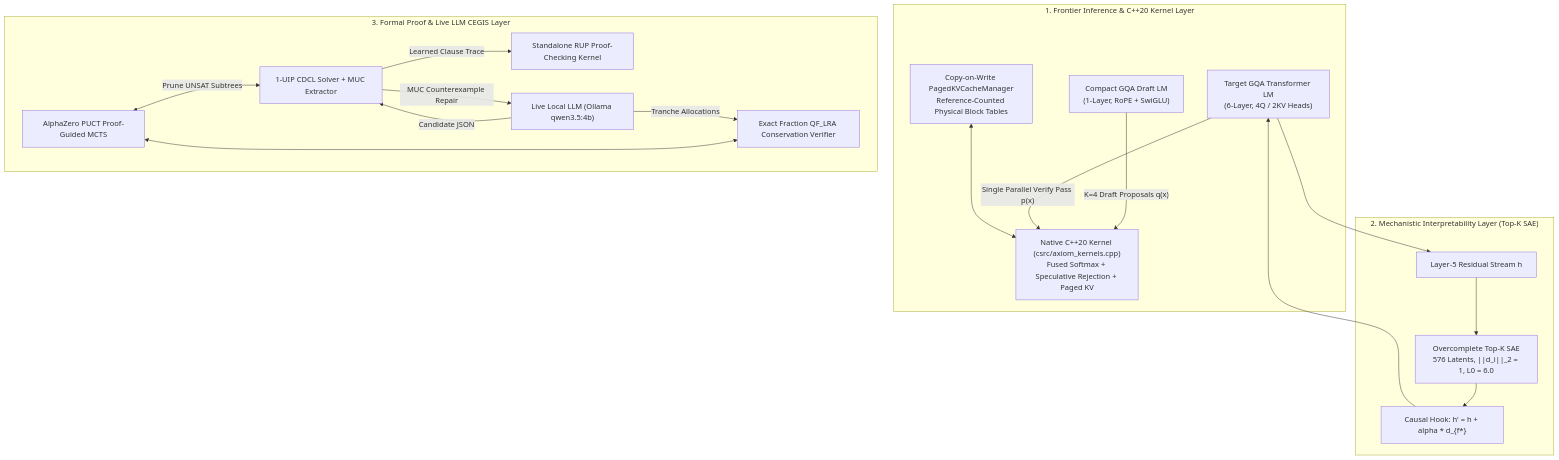
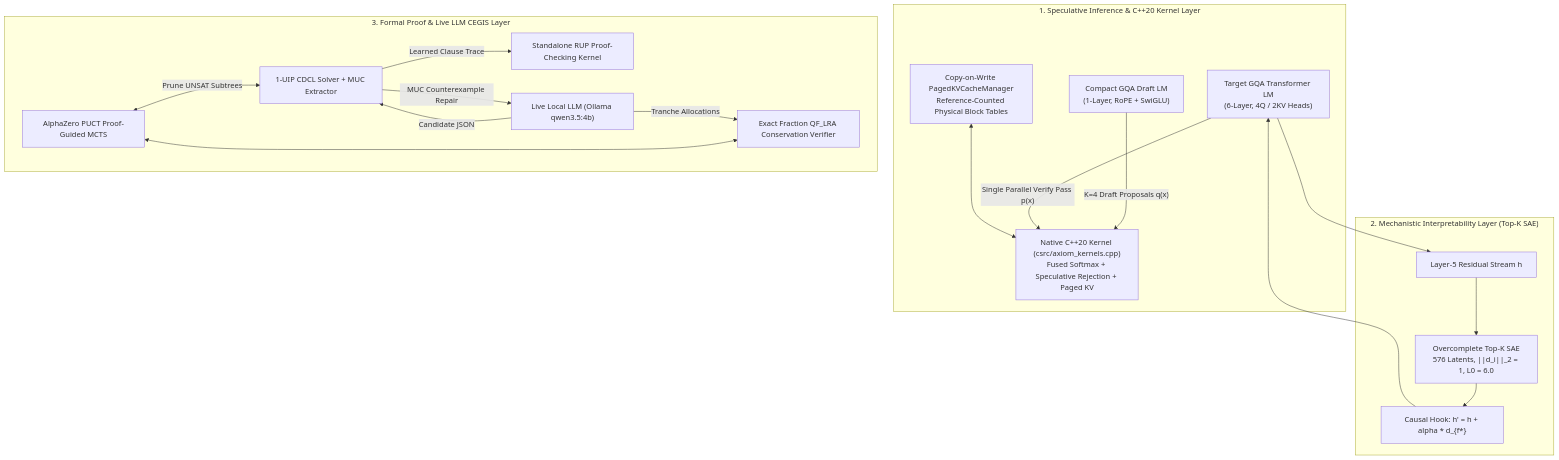
The diagram in README.md (nagarjunak-pixel/axiom-zero), drawn with Mermaid before and after one commit. The commit also changed other lines of this file and 3 other files, not shown here.

````diff
--- a/README.md
+++ b/README.md
@@ -28,33 +28,33 @@
 ```mermaid
 flowchart TD
-    subgraph S1["1. Frontier Inference & C++20 Kernel Layer"]
+    subgraph S1["1. Speculative Inference & C++20 Kernel Layer"]
         DRAFT["Compact GQA Draft LM\n(1-Layer, RoPE + SwiGLU)"]
         TARGET["Target GQA Transformer LM\n(6-Layer, 4Q / 2KV Heads)"]
         CPP["Native C++20 Kernel (csrc/axiom_kernels.cpp)\nFused Softmax + Speculative Rejection + Paged KV"]
         KV["Copy-on-Write PagedKVCacheManager\nReference-Counted Physical Block Tables"]
         DRAFT -->|"K=4 Draft Proposals q(x)"| CPP
         TARGET -->|"Single Parallel Verify Pass p(x)"| CPP
         KV <--> CPP
     end
 
     subgraph S2["2. Mechanistic Interpretability Layer (Top-K SAE)"]
         RESID["Layer-5 Residual Stream h"]
         SAE["Overcomplete Top-K SAE\n576 Latents, ||d_i||_2 = 1, L0 = 6.0"]
         STEER["Causal Hook: h' = h + alpha * d_{f*}"]
         TARGET --> RESID --> SAE --> STEER --> TARGET
     end
 
     subgraph S3["3. Formal Proof & Live LLM CEGIS Layer"]
         MCTS["AlphaZero PUCT Proof-Guided MCTS"]
         CDCL["1-UIP CDCL Solver + MUC Extractor"]
         RUP["Standalone RUP Proof-Checking Kernel"]
         LRA["Exact Fraction QF_LRA Conservation Verifier"]
         LLM["Live Local LLM (Ollama qwen3.5:4b)"]
         MCTS <-->|"Prune UNSAT Subtrees"| CDCL
         MCTS <--> LRA
         CDCL -->|"Learned Clause Trace"| RUP
         LLM -->|"Candidate JSON"| CDCL
         LLM -->|"Tranche Allocations"| LRA
         CDCL -->|"MUC Counterexample Repair"| LLM
     end
 ```
````
